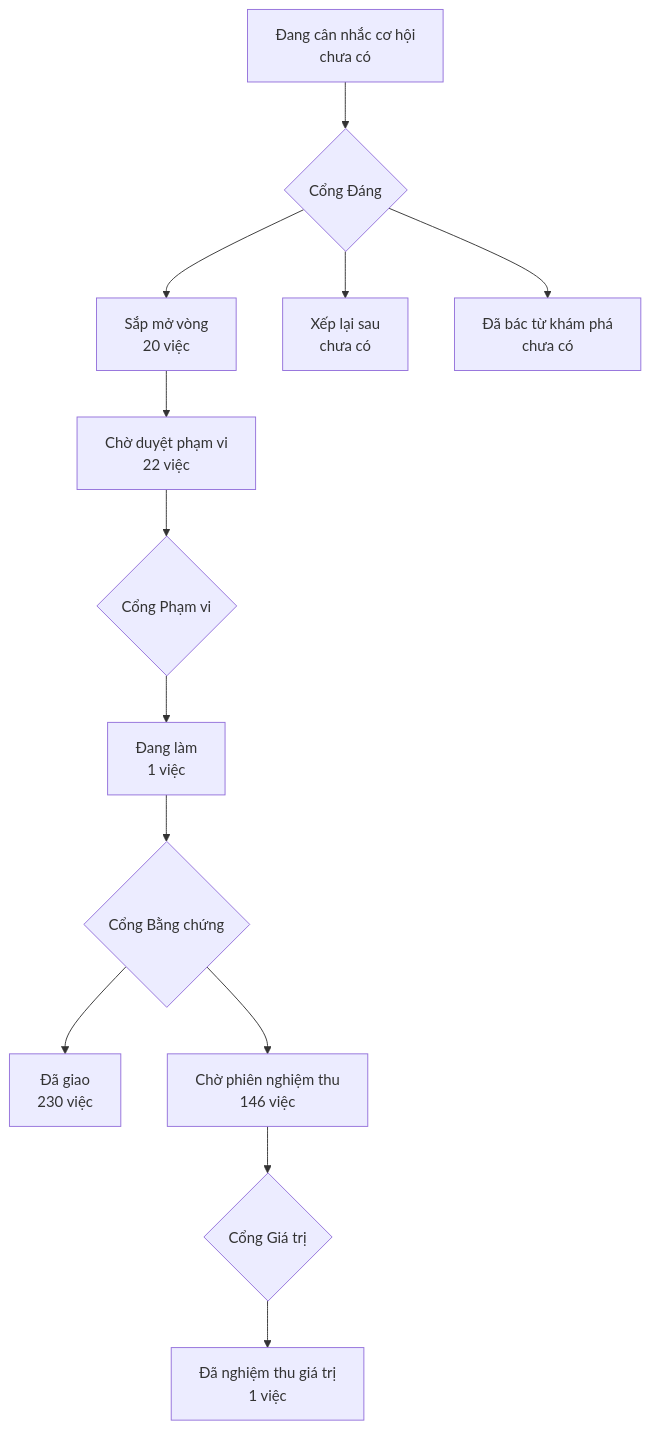
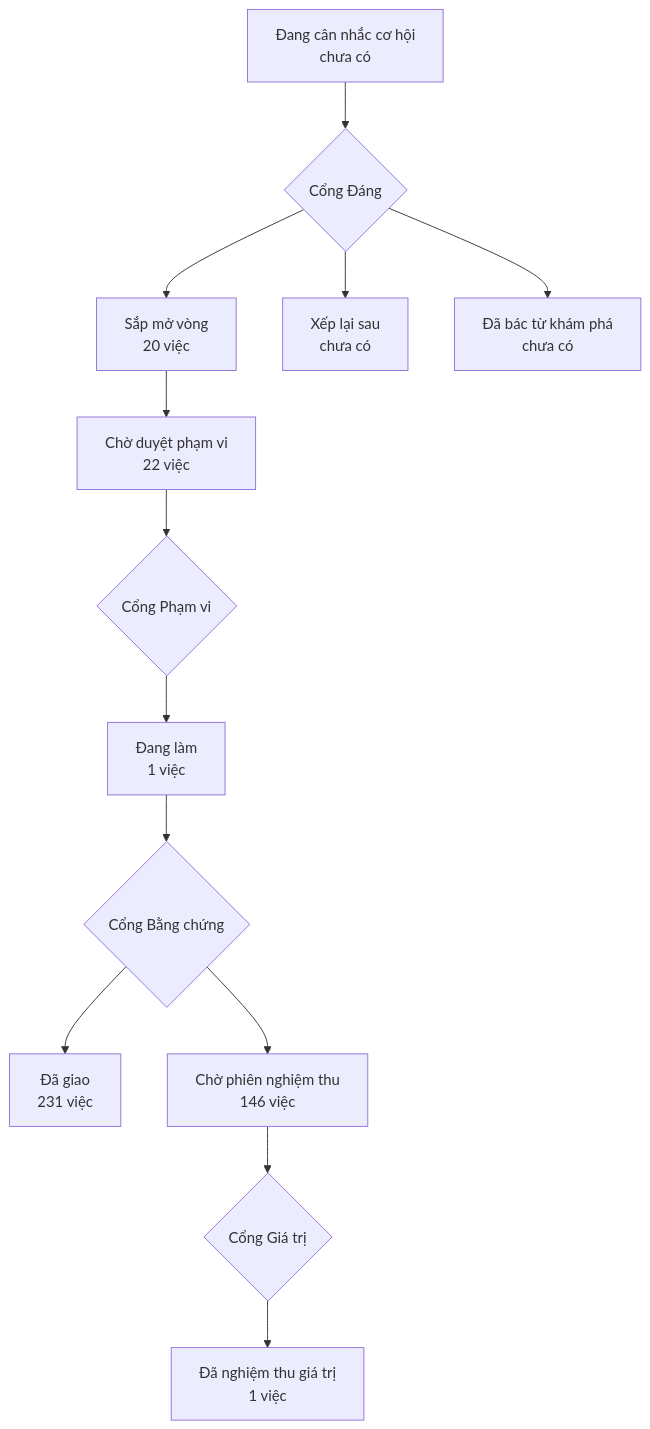
The diagram in PRODUCT-MAP.md (phanlemanh/onehub-invest), drawn with Mermaid before and after one commit. The commit also changed other lines of this file and 1 other file, not shown here.

Commit message:
chore: vẽ lại PRODUCT-MAP, LO-TRINH sau gộp main

````diff
--- a/PRODUCT-MAP.md
+++ b/PRODUCT-MAP.md
@@ -7,12 +7,12 @@
 ```mermaid
 flowchart TD
   A["Đang cân nhắc cơ hội<br/>chưa có"] --> GD{"Cổng Đáng"}
   GD --> B["Sắp mở vòng<br/>20 việc"]
   GD --> XL["Xếp lại sau<br/>chưa có"]
   GD --> DB["Đã bác từ khám phá<br/>chưa có"]
   B --> CD["Chờ duyệt phạm vi<br/>22 việc"] --> GP{"Cổng Phạm vi"}
   GP --> DL["Đang làm<br/>1 việc"] --> GB{"Cổng Bằng chứng"}
-  GB --> DG["Đã giao<br/>230 việc"]
+  GB --> DG["Đã giao<br/>231 việc"]
   GB --> CN["Chờ phiên nghiệm thu<br/>146 việc"] --> GG{"Cổng Giá trị"}
   GG --> NT["Đã nghiệm thu giá trị<br/>1 việc"]
 ```
````
